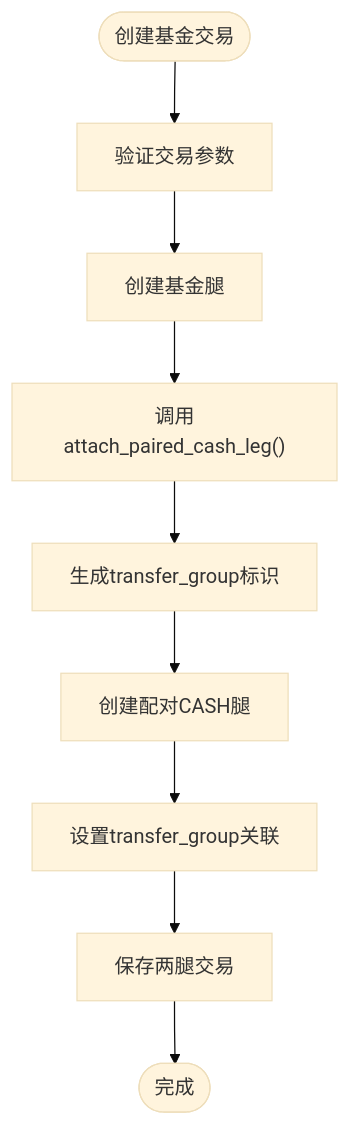
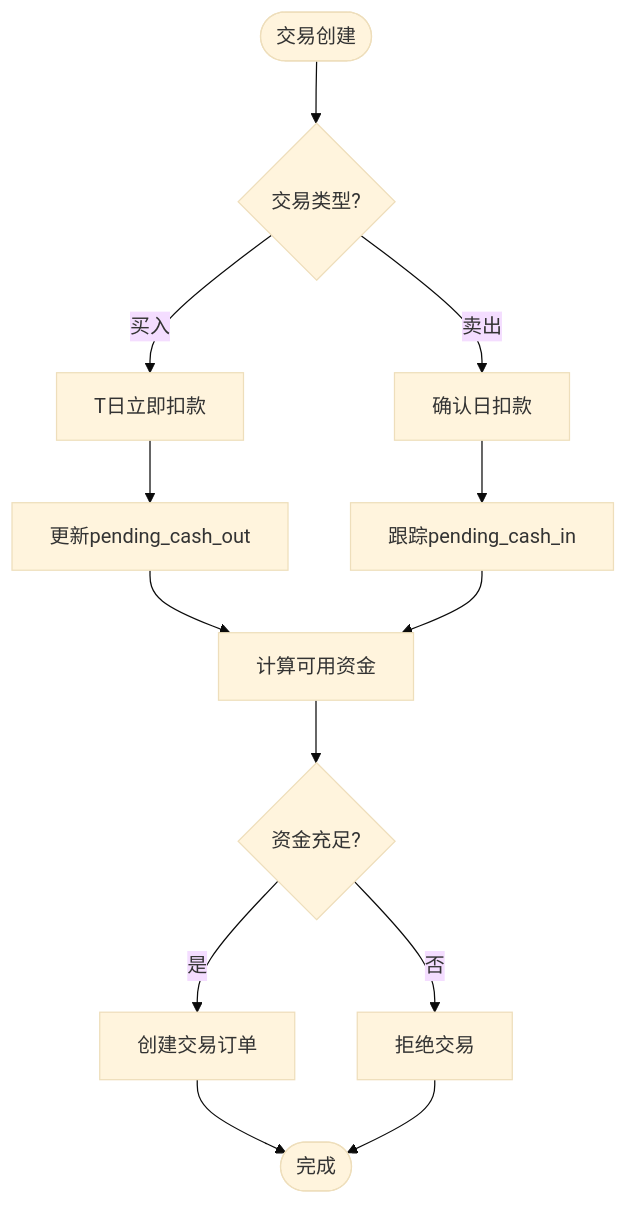
Before and after one commit to gujialind/InvestRing: the third of 17 diagrams in .qoder/repowiki/zh/content/核心业务功能/交易处理.md, drawn with Mermaid (base theme). The commit also changed other lines of this file and 64 other files, not shown here.

````diff
--- a/.qoder/repowiki/zh/content/核心业务功能/交易处理.md
+++ b/.qoder/repowiki/zh/content/核心业务功能/交易处理.md
@@ -281,11 +228,15 @@
 ```mermaid
 flowchart TD
-Start(["创建基金交易"]) --> Validate["验证交易参数"]
-Validate --> CreateFundLeg["创建基金腿"]
-CreateFundLeg --> AttachPair["调用attach_paired_cash_leg()"]
-AttachPair --> GenerateGroup["生成transfer_group标识"]
-GenerateGroup --> CreateCashLeg["创建配对CASH腿"]
-CreateCashLeg --> SetGroup["设置transfer_group关联"]
-SetGroup --> SaveBoth["保存两腿交易"]
-SaveBoth --> Complete(["完成"])
+Start(["交易创建"]) --> CheckType{"交易类型?"}
+CheckType --> |买入| DebitToday["T日立即扣款"]
+CheckType --> |卖出| ConfirmDebit["确认日扣款"]
+DebitToday --> UpdatePending["更新pending_cash_out"]
+ConfirmDebit --> TrackPending["跟踪pending_cash_in"]
+UpdatePending --> CalcAvailable["计算可用资金"]
+TrackPending --> CalcAvailable
+CalcAvailable --> ValidateEnough{"资金充足?"}
+ValidateEnough --> |是| CreateOrder["创建交易订单"]
+ValidateEnough --> |否| Reject["拒绝交易"]
+CreateOrder --> End(["完成"])
+Reject --> End
 ```
````
